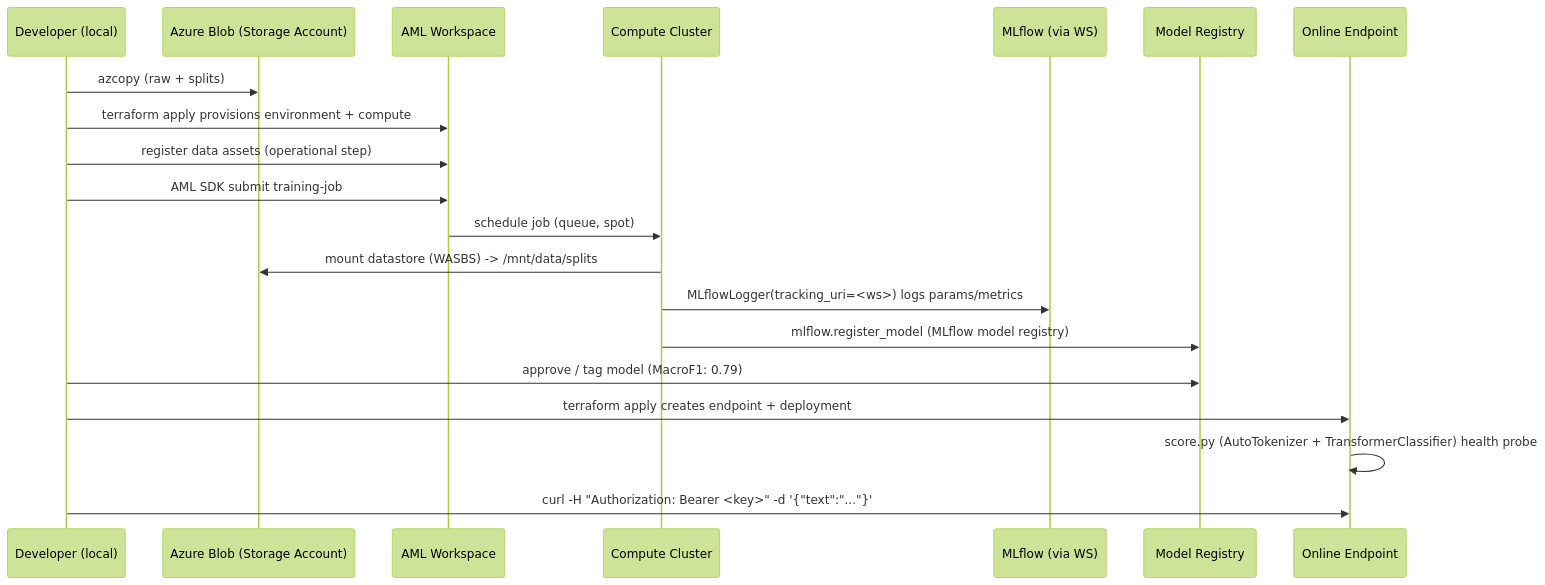
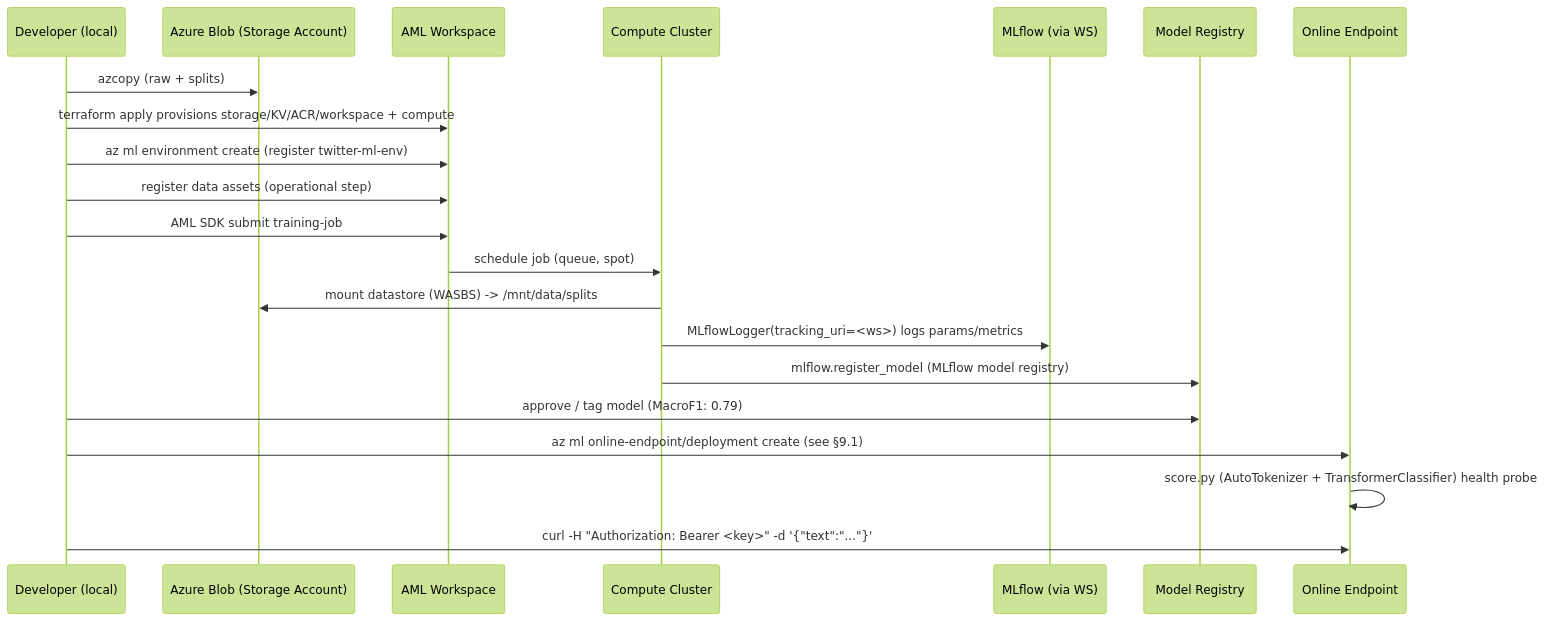
One commit to michaelschott00/twitter-sentiment-analysis changed the second of 2 diagrams in docs/azure-infrastructure-plan.md. Above: the diagram before and after it, drawn with Mermaid (forest theme). The commit also changed other lines of this file, not shown here.

````diff
--- a/docs/azure-infrastructure-plan.md
+++ b/docs/azure-infrastructure-plan.md
@@ -102,23 +79,24 @@
 ```mermaid
 sequenceDiagram
     participant Dev as Developer (local)
     participant SA as Azure Blob (Storage Account)
     participant WS as AML Workspace
     participant CC as Compute Cluster
     participant ML as MLflow (via WS)
     participant REG as Model Registry
     participant EP as Online Endpoint
 
     Dev->>SA: azcopy (raw + splits)
-    Dev->>WS: terraform apply provisions environment + compute
+    Dev->>WS: terraform apply provisions storage/KV/ACR/workspace + compute
+    Dev->>WS: az ml environment create (register twitter-ml-env)
     Dev->>WS: register data assets (operational step)
     Dev->>WS: AML SDK submit training-job
     WS->>CC: schedule job (queue, spot)
     CC->>SA: mount datastore (WASBS) -> /mnt/data/splits
     CC->>ML: MLflowLogger(tracking_uri=<ws>) logs params/metrics
     CC->>REG: mlflow.register_model (MLflow model registry)
     Dev->>REG: approve / tag model (MacroF1: 0.79)
-    Dev->>EP: terraform apply creates endpoint + deployment
+    Dev->>EP: az ml online-endpoint/deployment create (see §9.1)
     EP->>EP: score.py (AutoTokenizer + TransformerClassifier) health probe
     Dev->>EP: curl -H "Authorization: Bearer <key>" -d '{"text":"..."}'
 ```
````
